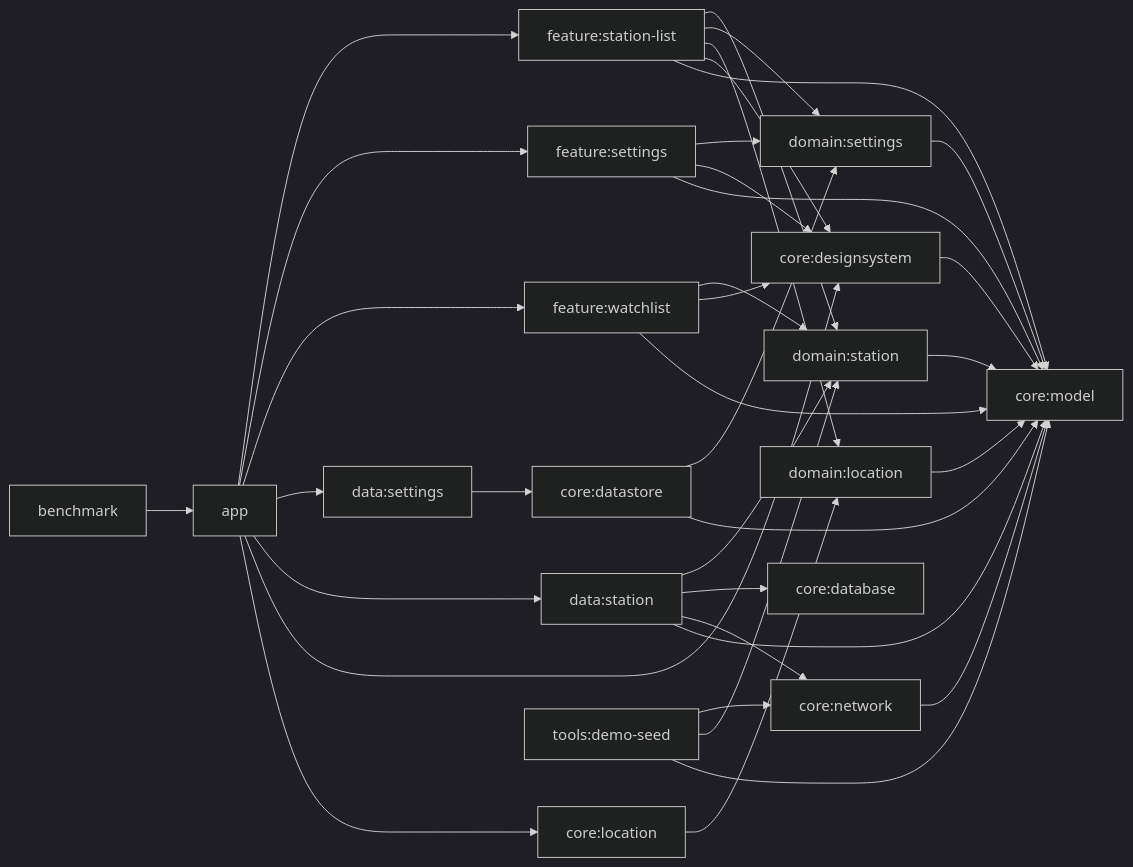
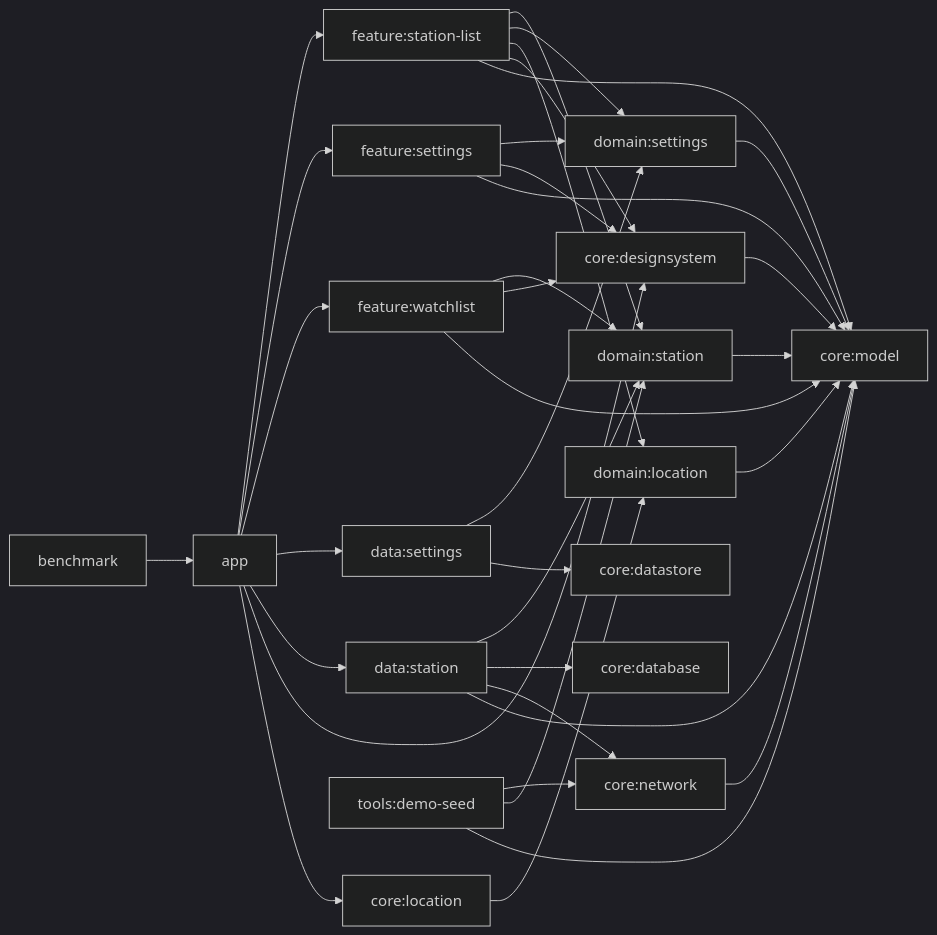
Before and after one commit to beyondwin/GasStation: the diagram in README.md, drawn with Mermaid (dark theme). The commit also changed other lines of this file and 35 other files, not shown here.

````diff
--- a/README.md
+++ b/README.md
@@ -43,41 +43,40 @@
 ```mermaid
 flowchart LR
     app["app"] --> fstation["feature:station-list"]
     app --> fsettings["feature:settings"]
     app --> fwatch["feature:watchlist"]
     app --> dsettings["data:settings"]
     app --> dstation["data:station"]
     app --> cdesign["core:designsystem"]
     app --> clocation["core:location"]
 
     fstation --> domStation["domain:station"]
     fstation --> domSettings["domain:settings"]
     fstation --> domLocation["domain:location"]
     fstation --> cdesign
     fstation --> cmodel
     fsettings --> domSettings
     fsettings --> cdesign
     fsettings --> cmodel
     fwatch --> domStation
     fwatch --> cdesign
     fwatch --> cmodel
 
     dstation --> domStation
     dstation --> cdb["core:database"]
     dstation --> cnet["core:network"]
     dstation --> cmodel["core:model"]
+    dsettings --> domSettings
     dsettings --> cstore["core:datastore"]
-    cstore --> domSettings
-    cstore --> cmodel
     cnet --> cmodel
     cdesign --> cmodel
     clocation --> domLocation
     domSettings --> cmodel
     domLocation --> cmodel
     domStation --> cmodel
 
     tools["tools:demo-seed"] --> cnet
     tools --> domStation
     tools --> cmodel
     benchmark["benchmark"] --> app
 ```
````
